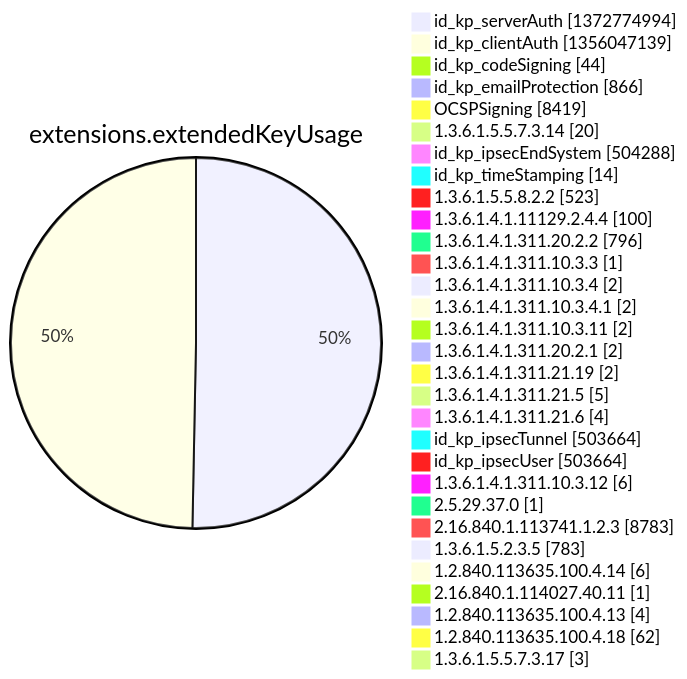
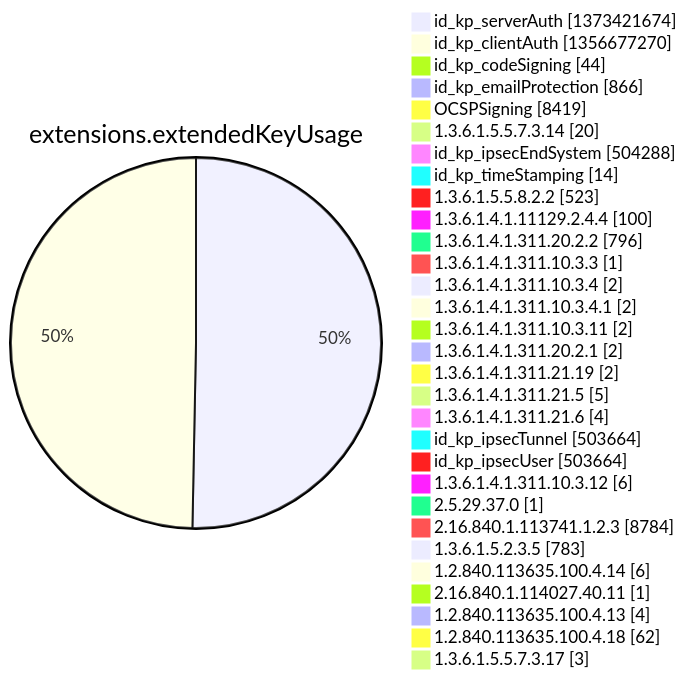
Before and after one commit to christiankrug/ctmonitor_visualization: diagram 12 of 15 in argon2022/README.md, drawn with Mermaid. The commit also changed other lines of this file, not shown here.

````diff
--- a/argon2022/README.md
+++ b/argon2022/README.md
@@ -3553,34 +3553,34 @@
 ```mermaid
 pie showData
 title extensions.extendedKeyUsage
-"id_kp_serverAuth" :1372774994
-"id_kp_clientAuth" :1356047139
+"id_kp_serverAuth" :1373421674
+"id_kp_clientAuth" :1356677270
 "id_kp_codeSigning" :44
 "id_kp_emailProtection" :866
 "OCSPSigning" :8419
 "1.3.6.1.5.5.7.3.14" :20
 "id_kp_ipsecEndSystem" :504288
 "id_kp_timeStamping" :14
 "1.3.6.1.5.5.8.2.2" :523
 "1.3.6.1.4.1.11129.2.4.4" :100
 "1.3.6.1.4.1.311.20.2.2" :796
 "1.3.6.1.4.1.311.10.3.3" :1
 "1.3.6.1.4.1.311.10.3.4" :2
 "1.3.6.1.4.1.311.10.3.4.1" :2
 "1.3.6.1.4.1.311.10.3.11" :2
 "1.3.6.1.4.1.311.20.2.1" :2
 "1.3.6.1.4.1.311.21.19" :2
 "1.3.6.1.4.1.311.21.5" :5
 "1.3.6.1.4.1.311.21.6" :4
 "id_kp_ipsecTunnel" :503664
 "id_kp_ipsecUser" :503664
 "1.3.6.1.4.1.311.10.3.12" :6
 "2.5.29.37.0" :1
-"2.16.840.1.113741.1.2.3" :8783
+"2.16.840.1.113741.1.2.3" :8784
 "1.3.6.1.5.2.3.5" :783
 "1.2.840.113635.100.4.14" :6
 "2.16.840.1.114027.40.11" :1
 "1.2.840.113635.100.4.13" :4
 "1.2.840.113635.100.4.18" :62
 "1.3.6.1.5.5.7.3.17" :3
 ```
````
